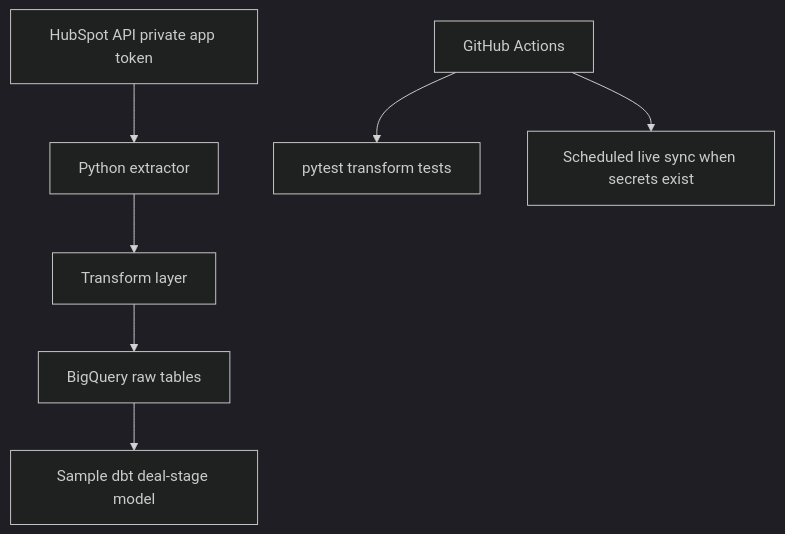
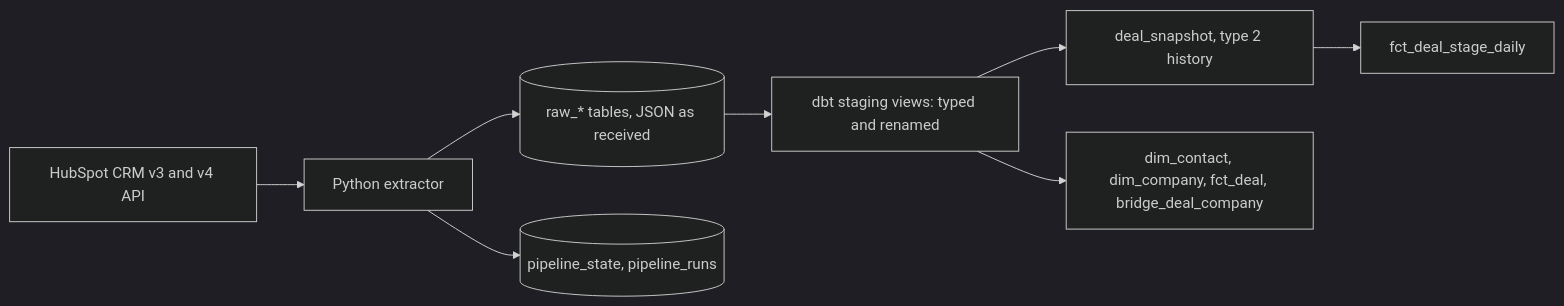
One commit to giselleevita/crm-pipeline changed the diagram in README.md. Above: the diagram before and after it, drawn with Mermaid (dark theme). The commit also changed other lines of this file and 45 other files, not shown here.

First line of the commit message:
feat: incremental extraction, raw layer and dimensional model

````diff
--- a/README.md
+++ b/README.md
@@ -29,9 +20,10 @@
 ```mermaid
-flowchart TD
-    HubSpot[HubSpot API private app token] --> Extractor[Python extractor]
-    Extractor --> Transform[Transform layer]
-    Transform --> Raw[BigQuery raw tables]
-    Raw --> DBT[Sample dbt deal-stage model]
-    CI[GitHub Actions] --> Tests[pytest transform tests]
-    CI --> Pipeline[Scheduled live sync when secrets exist]
+flowchart LR
+    HubSpot[HubSpot CRM v3 and v4 API] --> Extract[Python extractor]
+    Extract --> Raw[(raw_* tables, JSON as received)]
+    Raw --> Staging[dbt staging views: typed and renamed]
+    Staging --> Snapshot[deal_snapshot, type 2 history]
+    Staging --> Marts[dim_contact, dim_company, fct_deal, bridge_deal_company]
+    Snapshot --> Daily[fct_deal_stage_daily]
+    Extract --> State[(pipeline_state, pipeline_runs)]
 ```
````
